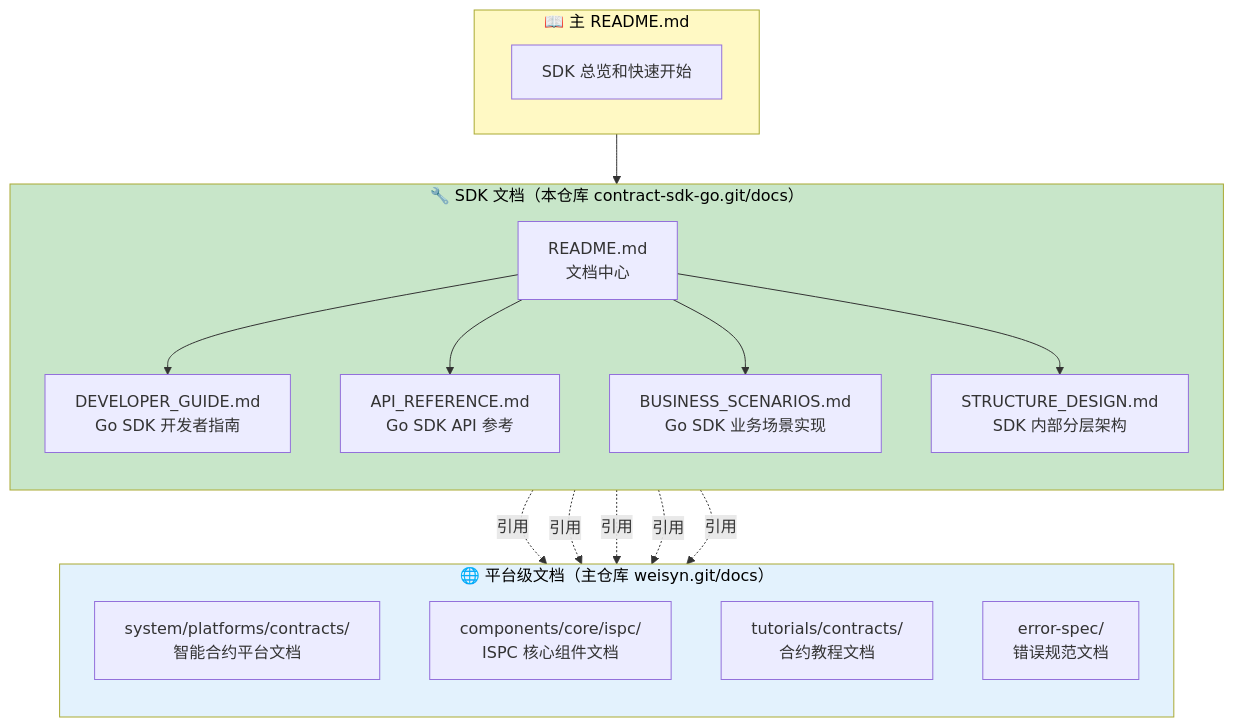
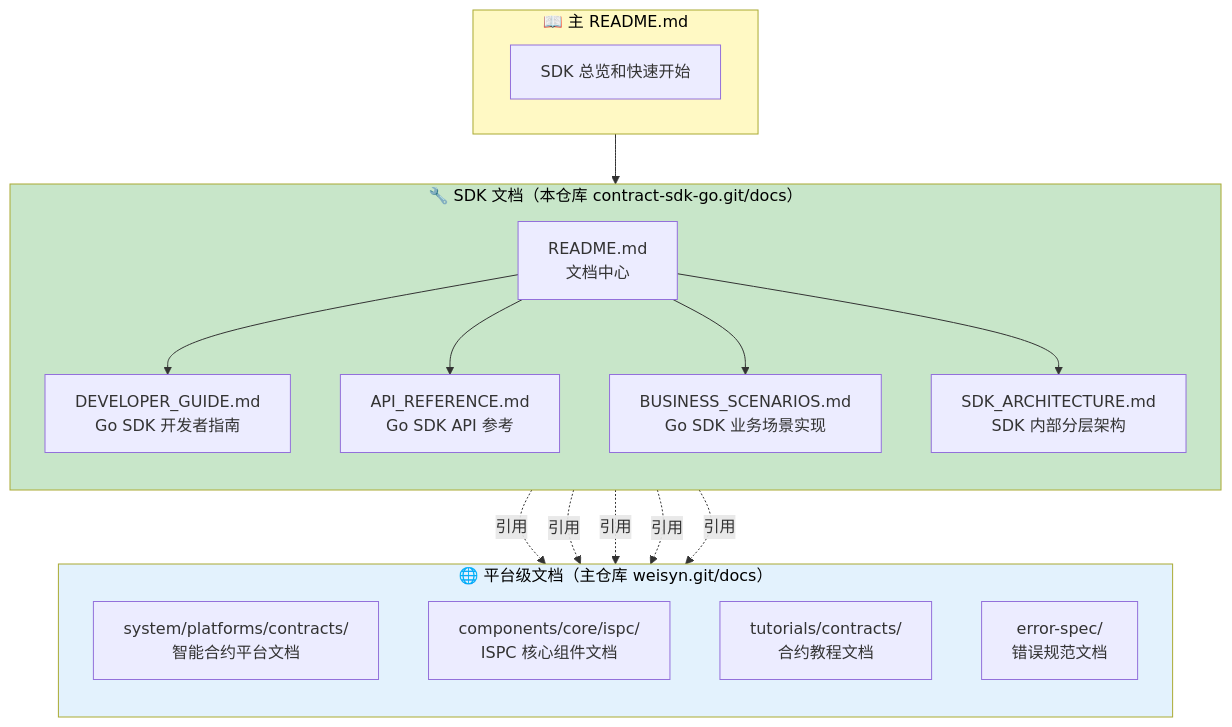
The first of 5 diagrams in docs/README.md (weisyn/contract-sdk-go), drawn with Mermaid before and after one commit. The commit also changed other lines of this file and 14 other files, not shown here.

````diff
--- a/docs/README.md
+++ b/docs/README.md
@@ -24,39 +24,39 @@
 ```mermaid
 graph TB
     subgraph PLATFORM["🌐 平台级文档（主仓库 weisyn.git/docs）"]
         direction TB
         P1[system/platforms/contracts/<br/>智能合约平台文档]
         P2[components/core/ispc/<br/>ISPC 核心组件文档]
         P3[tutorials/contracts/<br/>合约教程文档]
         P4[error-spec/<br/>错误规范文档]
     end
     
     subgraph SDK["🔧 SDK 文档（本仓库 contract-sdk-go.git/docs）"]
         direction TB
         S1[README.md<br/>文档中心]
         S2[DEVELOPER_GUIDE.md<br/>Go SDK 开发者指南]
         S3[API_REFERENCE.md<br/>Go SDK API 参考]
         S4[BUSINESS_SCENARIOS.md<br/>Go SDK 业务场景实现]
-        S5[STRUCTURE_DESIGN.md<br/>SDK 内部分层架构]
+        S5[SDK_ARCHITECTURE.md<br/>SDK 内部分层架构]
     end
     
     subgraph MAIN["📖 主 README.md"]
         M1[SDK 总览和快速开始]
     end
     
     MAIN --> S1
     S1 --> S2
     S1 --> S3
     S1 --> S4
     S1 --> S5
     
     S2 -.引用.-> P1
     S2 -.引用.-> P3
     S3 -.引用.-> P2
     S4 -.引用.-> P1
     S5 -.引用.-> P1
     
     style PLATFORM fill:#E3F2FD,color:#000
     style SDK fill:#C8E6C9,color:#000
     style MAIN fill:#FFF9C4,color:#000
 ```
````
